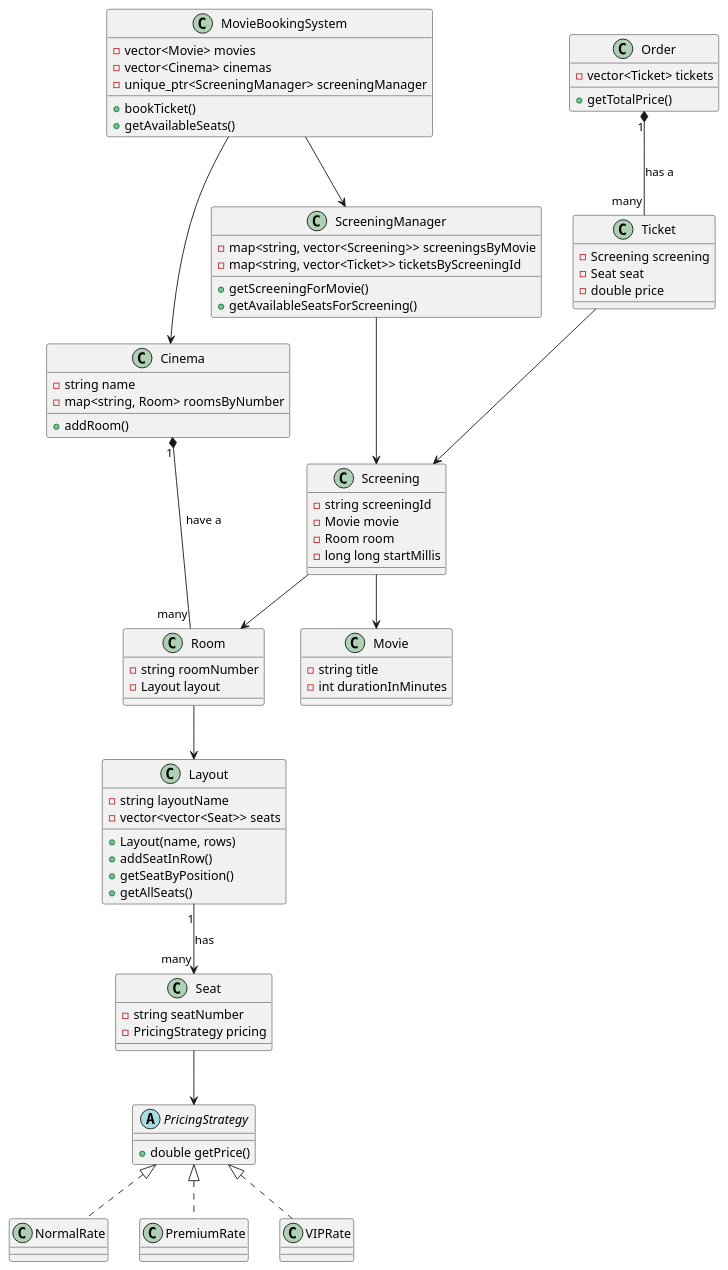
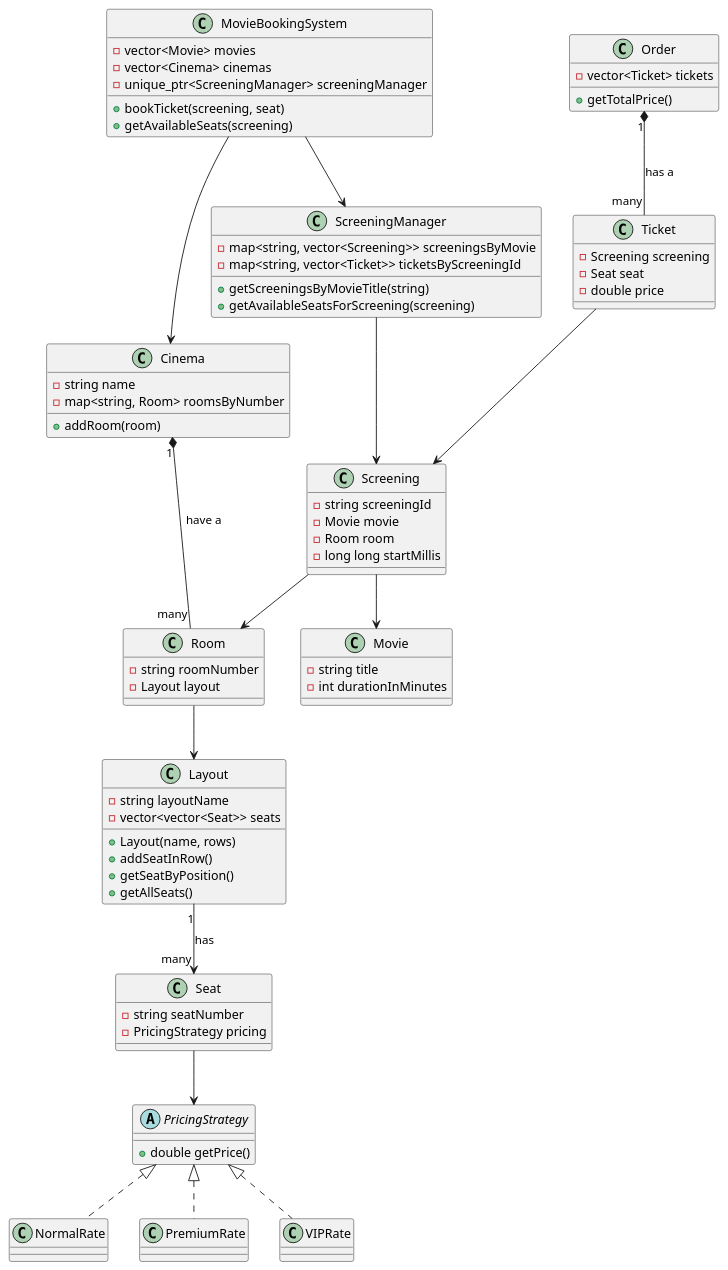
One commit to zanymarconi/cp4 changed the diagram in dllgbb/moviebook/mbclassdiag.iuml. Above: the diagram before and after it, drawn with PlantUML.

Commit message:
update class diagram

```diff
--- a/dllgbb/moviebook/mbclassdiag.iuml
+++ b/dllgbb/moviebook/mbclassdiag.iuml
@@ -1,82 +1,82 @@
 @startuml
 class MovieBookingSystem {
     - vector<Movie> movies
     - vector<Cinema> cinemas
     - unique_ptr<ScreeningManager> screeningManager
-    + bookTicket()
-    + getAvailableSeats()
+    + bookTicket(screening, seat)
+    + getAvailableSeats(screening)
 }
 MovieBookingSystem --> ScreeningManager
 MovieBookingSystem --> Cinema
 
 class Order {
     - vector<Ticket> tickets
     + getTotalPrice()
 }
 Order "1" *-- "many" Ticket: has a
 
 class ScreeningManager {
     - map<string, vector<Screening>> screeningsByMovie
     - map<string, vector<Ticket>> ticketsByScreeningId
-    + getScreeningForMovie()
-    + getAvailableSeatsForScreening()
+    + getScreeningsByMovieTitle(string)
+    + getAvailableSeatsForScreening(screening)
 }
 ScreeningManager --> Screening
 
 class Ticket {
     - Screening screening
     - Seat seat
     - double price
 }
 Ticket --> Screening
 
 class Cinema {
     - string name
     - map<string, Room> roomsByNumber
-    + addRoom()
+    + addRoom(room)
 }
 Cinema "1" *-- "many" Room: have a
 
 class Screening {
     - string screeningId
     - Movie movie
     - Room room
     - long long startMillis
 }
 Screening --> Movie
 Screening --> Room
 
 class Movie {
     - string title
     - int durationInMinutes
 }
 
 class Room {
     - string roomNumber
     - Layout layout
 }
 Room --> Layout
 
 class Layout {
     - string layoutName
     - vector<vector<Seat>> seats
     + Layout(name, rows)
     + addSeatInRow()
     + getSeatByPosition()
     + getAllSeats()
 }
 Layout "1" --> "many" Seat: has
 
 class Seat {
     - string seatNumber
     - PricingStrategy pricing
 }
 Seat --> PricingStrategy
 
 abstract PricingStrategy {
     + double getPrice()
 }
 class NormalRate implements PricingStrategy
 class PremiumRate implements PricingStrategy
 class VIPRate implements PricingStrategy
 @enduml
```
